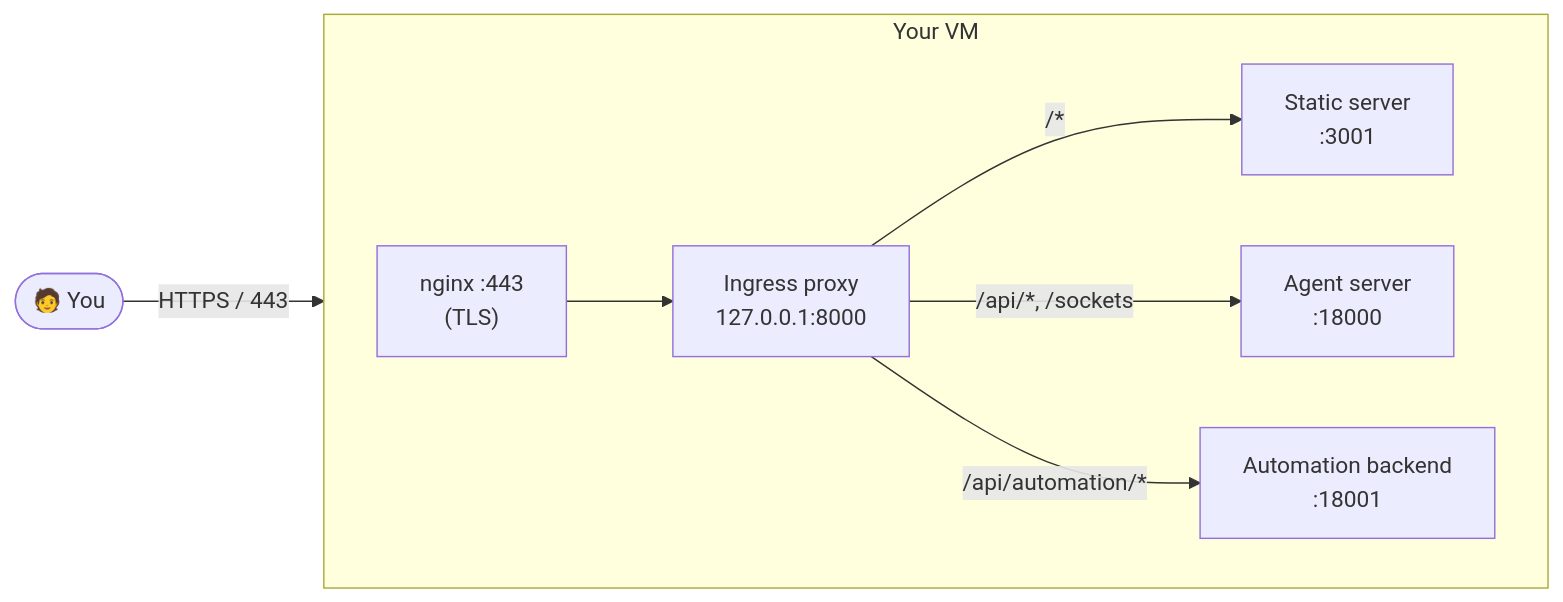
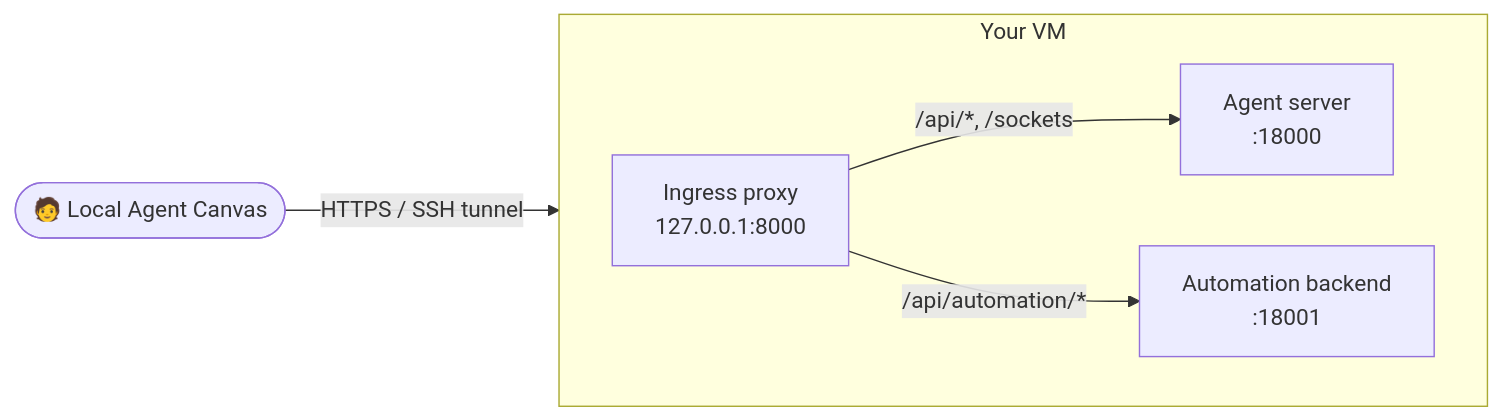
Before and after one commit to OpenHands/docs: the diagram in openhands/usage/agent-canvas/backend-setup/vm.mdx, drawn with Mermaid. The commit also changed other lines of this file and 7 other files, not shown here.

````diff
--- a/openhands/usage/agent-canvas/backend-setup/vm.mdx
+++ b/openhands/usage/agent-canvas/backend-setup/vm.mdx
@@ -14,17 +14,13 @@
 ```mermaid
 flowchart LR
-    user(["🧑 You"])
+    local(["🧑 Local Agent Canvas"])
     subgraph vm["Your VM"]
         direction LR
-        nginx["nginx :443\n(TLS)"]
         ingress["Ingress proxy\n127.0.0.1:8000"]
-        static["Static server\n:3001"]
         agent["Agent server\n:18000"]
         automation["Automation backend\n:18001"]
-        nginx --> ingress
-        ingress -- "/*" --> static
         ingress -- "/api/*, /sockets" --> agent
         ingress -- "/api/automation/*" --> automation
     end
-    user -- "HTTPS / 443" --> nginx
+    local -- "HTTPS / SSH tunnel" --> ingress
 ```
````
